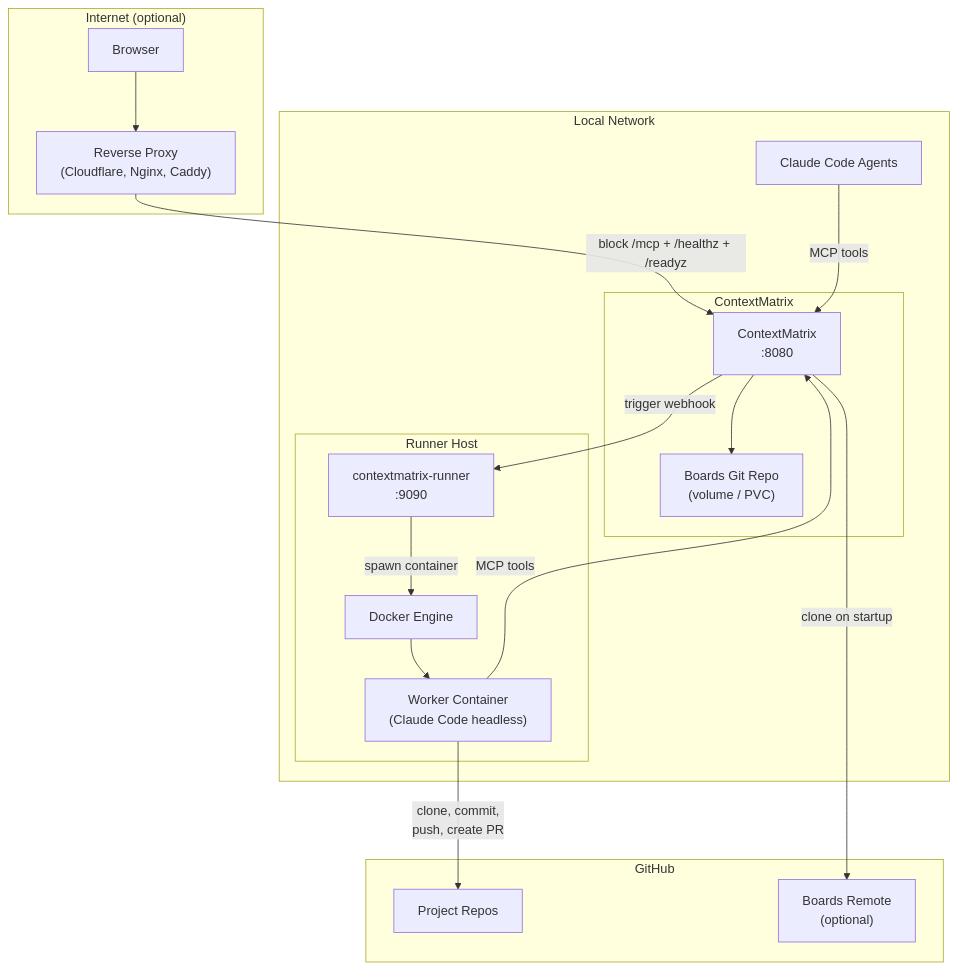
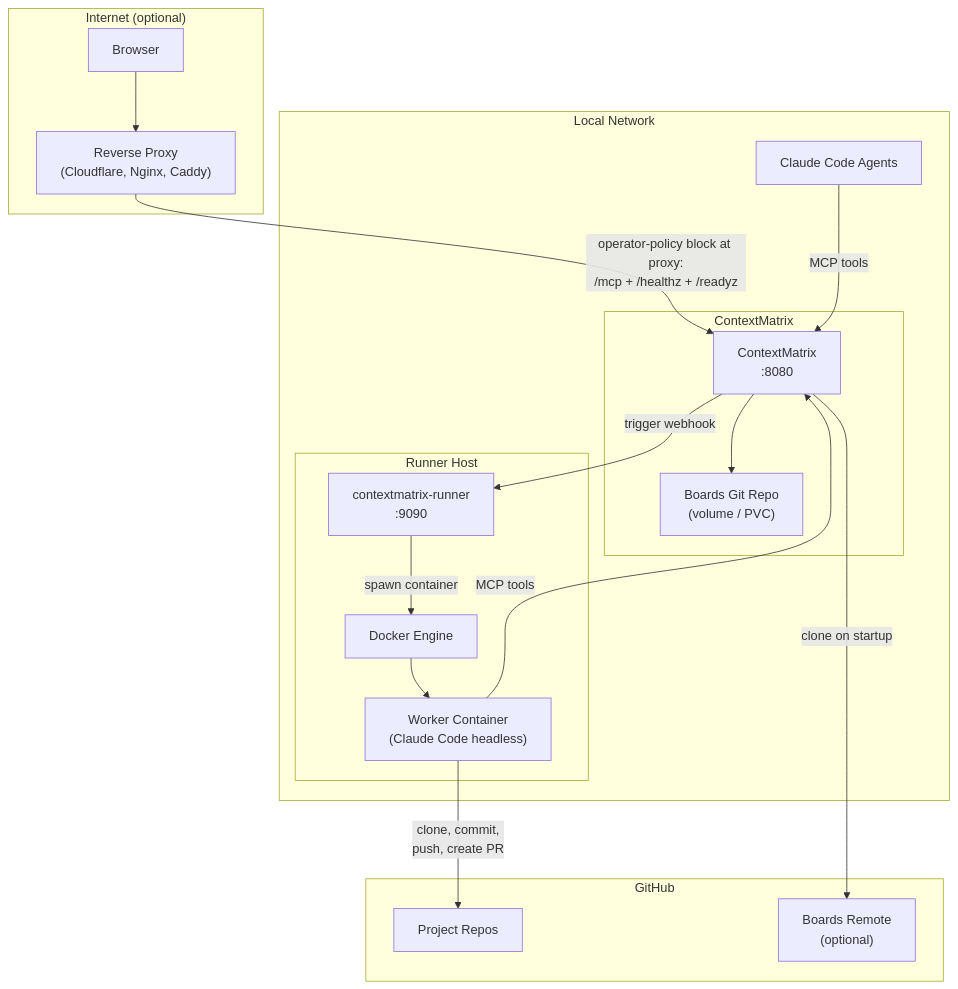
One commit to mhersson/contextmatrix changed the diagram in docs/deployment-example.md. Above: the diagram before and after it, drawn with Mermaid. The commit also changed other lines of this file and 11 other files, not shown here.

````diff
--- a/docs/deployment-example.md
+++ b/docs/deployment-example.md
@@ -13,38 +13,38 @@
 ```mermaid
 flowchart TB
     subgraph internet["Internet (optional)"]
         browser["Browser"]
         proxy["Reverse Proxy<br/>(Cloudflare, Nginx, Caddy)"]
     end
 
     subgraph lan["Local Network"]
         agents["Claude Code Agents"]
 
         subgraph cm["ContextMatrix"]
             cm_svc["ContextMatrix<br/>:8080"]
             boards["Boards Git Repo<br/>(volume / PVC)"]
         end
 
         subgraph runner_host["Runner Host"]
             runner["contextmatrix-runner<br/>:9090"]
             docker["Docker Engine"]
             worker["Worker Container<br/>(Claude Code headless)"]
         end
     end
 
     subgraph github["GitHub"]
         target["Project Repos"]
         boards_remote["Boards Remote<br/>(optional)"]
     end
 
     browser --> proxy
-    proxy -- "block /mcp + /healthz + /readyz" --> cm_svc
+    proxy -- "operator-policy block at proxy:<br/>/mcp + /healthz + /readyz" --> cm_svc
     agents -- "MCP tools" --> cm_svc
     cm_svc --> boards
     cm_svc -- "clone on startup" --> boards_remote
     cm_svc -- "trigger webhook" --> runner
     runner -- "spawn container" --> docker
     docker --> worker
     worker -- "MCP tools" --> cm_svc
     worker -- "clone, commit,<br/>push, create PR" --> target
 ```
````
